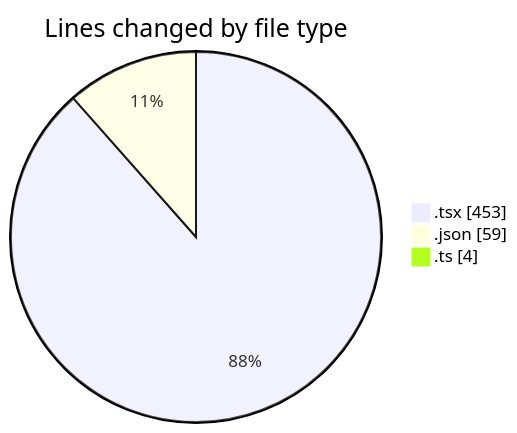
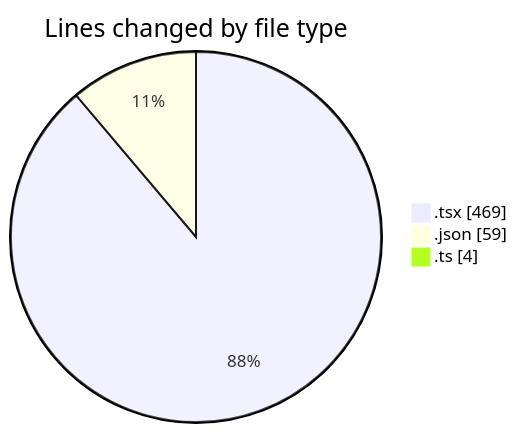
Before and after one commit to momahboobian/code-tracking: the first of 2 diagrams in 2025-11-24/cda/README.md, drawn with Mermaid. The commit also changed other lines of this file and 1 other file, not shown here.

````diff
--- a/2025-11-24/cda/README.md
+++ b/2025-11-24/cda/README.md
@@ -23,7 +23,7 @@
 ```mermaid
 pie showData
 title Lines changed by file type
-".tsx" : 453
+".tsx" : 469
 ".json" : 59
 ".ts" : 4
 ```
````
